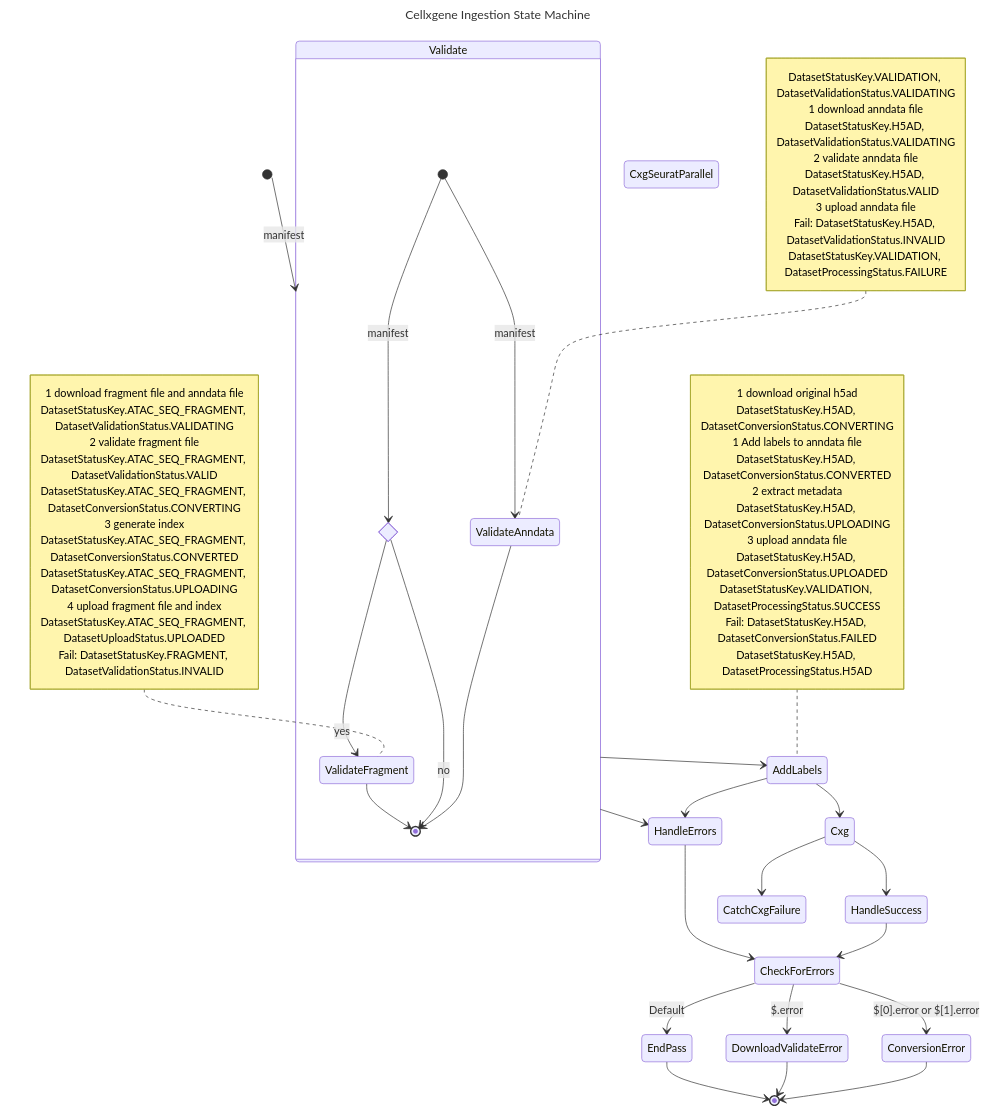
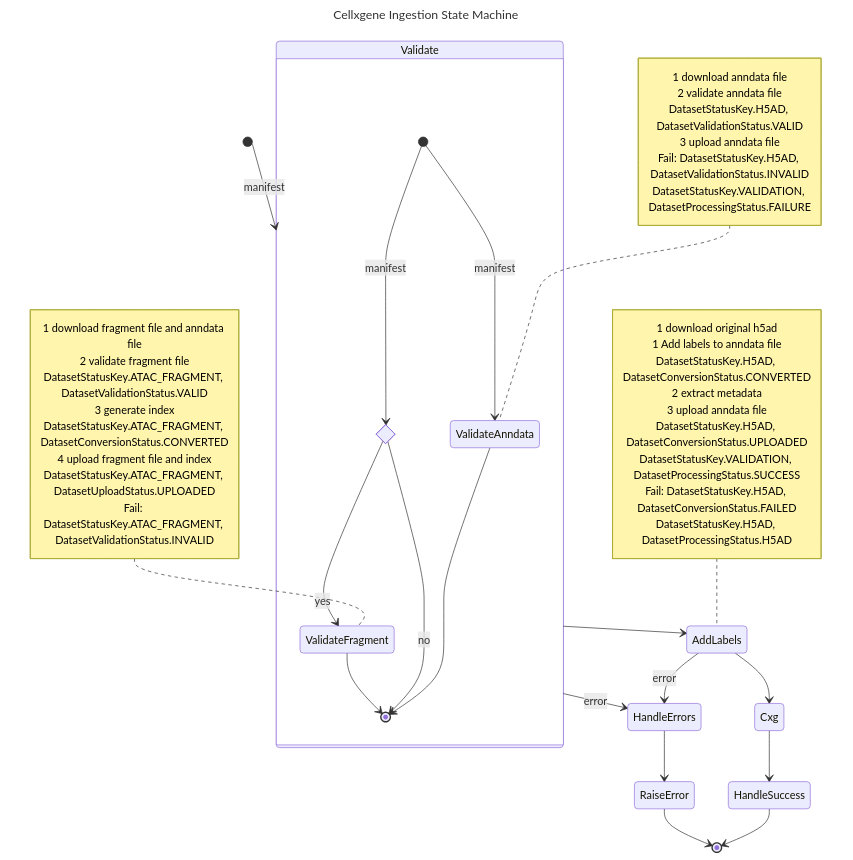
The diagram in .happy/terraform/modules/sfn/readme.md (chanzuckerberg/single-cell-data-portal), drawn with Mermaid before and after one commit. The commit also changed other lines of this file, not shown here.

Commit message:
update sfn diagram

````diff
--- a/.happy/terraform/modules/sfn/readme.md
+++ b/.happy/terraform/modules/sfn/readme.md
@@ -8,80 +8,61 @@
 ```mermaid
 ---
 title: Cellxgene Ingestion State Machine
 ---
 stateDiagram-v2
     Validate: Validate
     ValidateAnndata: ValidateAnndata
     note left of ValidateAnndata
-        DatasetStatusKey.VALIDATION, DatasetValidationStatus.VALIDATING
         1 download anndata file
-        DatasetStatusKey.H5AD, DatasetValidationStatus.VALIDATING
         2 validate anndata file
         DatasetStatusKey.H5AD, DatasetValidationStatus.VALID
         3 upload anndata file
         Fail: DatasetStatusKey.H5AD, DatasetValidationStatus.INVALID
             DatasetStatusKey.VALIDATION, DatasetProcessingStatus.FAILURE
     end note
     ValidateFragment: ValidateFragment
     note left of ValidateFragment
         1 download fragment file and anndata file
-        DatasetStatusKey.ATAC_SEQ_FRAGMENT, DatasetValidationStatus.VALIDATING
         2 validate fragment file
-        DatasetStatusKey.ATAC_SEQ_FRAGMENT, DatasetValidationStatus.VALID
-        DatasetStatusKey.ATAC_SEQ_FRAGMENT, DatasetConversionStatus.CONVERTING
+        DatasetStatusKey.ATAC_FRAGMENT, DatasetValidationStatus.VALID
         3 generate index
-        DatasetStatusKey.ATAC_SEQ_FRAGMENT, DatasetConversionStatus.CONVERTED
-        DatasetStatusKey.ATAC_SEQ_FRAGMENT, DatasetConversionStatus.UPLOADING
+        DatasetStatusKey.ATAC_FRAGMENT, DatasetConversionStatus.CONVERTED
         4 upload fragment file and index
-        DatasetStatusKey.ATAC_SEQ_FRAGMENT, DatasetUploadStatus.UPLOADED
-        Fail: DatasetStatusKey.FRAGMENT, DatasetValidationStatus.INVALID
+        DatasetStatusKey.ATAC_FRAGMENT, DatasetUploadStatus.UPLOADED
+        Fail: DatasetStatusKey.ATAC_FRAGMENT, DatasetValidationStatus.INVALID
     end note
     AddLabels: AddLabels
     note left of AddLabels
         1 download original h5ad
-        DatasetStatusKey.H5AD, DatasetConversionStatus.CONVERTING
         1 Add labels to anndata file
         DatasetStatusKey.H5AD, DatasetConversionStatus.CONVERTED
         2 extract metadata
-        DatasetStatusKey.H5AD, DatasetConversionStatus.UPLOADING
         3 upload anndata file
         DatasetStatusKey.H5AD, DatasetConversionStatus.UPLOADED
         DatasetStatusKey.VALIDATION, DatasetProcessingStatus.SUCCESS
         Fail: DatasetStatusKey.H5AD, DatasetConversionStatus.FAILED
               DatasetStatusKey.H5AD, DatasetProcessingStatus.H5AD
     end note
-    CxgSeuratParallel: CxgSeuratParallel
     HandleSuccess: HandleSuccess
     HandleErrors: HandleErrors
-    CheckForErrors: CheckForErrors
-    ConversionError: ConversionError
-    DownloadValidateError: DownloadValidateError
-    EndPass: EndPass
     Cxg: Cxg
-    CatchCxgFailure: CatchCxgFailure
 
     [*] --> Validate: manifest
     state Validate {
         [*] --> ValidateAnndata: manifest
         ValidateAnndata --> [*]
         state hasFragment <<choice>>
         [*] --> hasFragment: manifest
         hasFragment --> ValidateFragment: yes
         hasFragment --> [*]: no
         ValidateFragment --> [*]
     }
     Validate --> AddLabels
     AddLabels --> Cxg
-    Cxg --> CatchCxgFailure
     Cxg --> HandleSuccess
-    HandleSuccess --> CheckForErrors
-    CheckForErrors --> DownloadValidateError: $.error
-    CheckForErrors --> ConversionError: $[0].error or $[1].error
-    CheckForErrors --> EndPass: Default
-    Validate --> HandleErrors
-    AddLabels --> HandleErrors
-    HandleErrors --> CheckForErrors
-    ConversionError --> [*]
-    DownloadValidateError --> [*]
-    EndPass --> [*]
+    HandleSuccess --> [*]
+    Validate --> HandleErrors: error
+    AddLabels --> HandleErrors: error
+    HandleErrors --> RaiseError
+    RaiseError --> [*]
 ```
````
